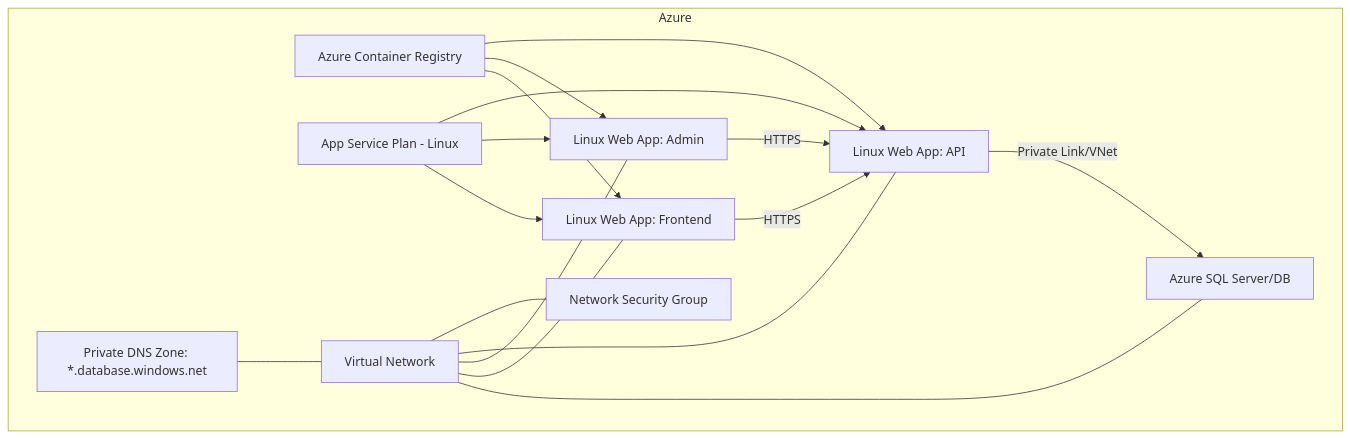
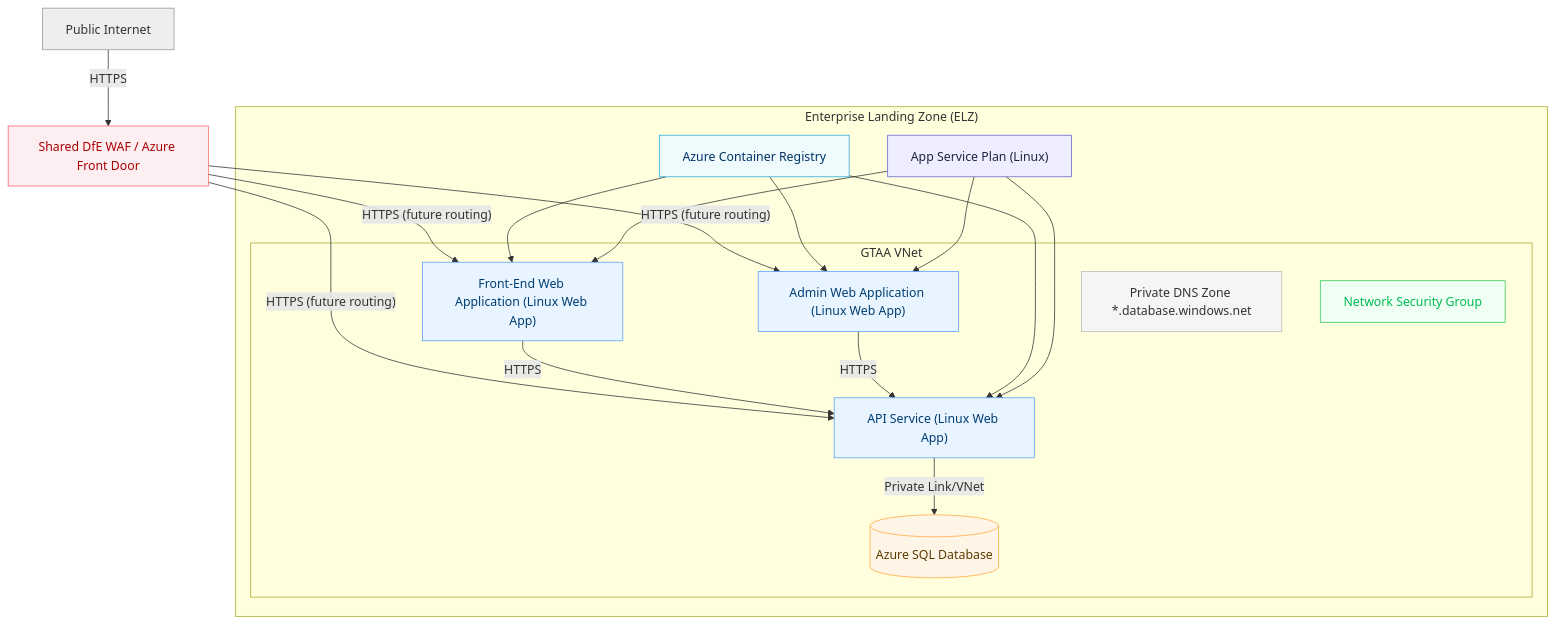
One commit to DFE-Digital/get-to-an-answer changed the first of 3 diagrams in src/Infrastructure/README.md. Above: the diagram before and after it, drawn with Mermaid. The commit also changed other lines of this file, not shown here.

Commit message:
CARE-1359 Enhanced and expanded `README.md` for Infrastructure module, adding detailed scope, architecture, and CI/CD flow documentation.

````diff
--- a/src/Infrastructure/README.md
+++ b/src/Infrastructure/README.md
@@ -16,33 +13,44 @@
 ```mermaid
 flowchart TB
-  subgraph Azure
-    ACR[Azure Container Registry]
-    ASP[App Service Plan - Linux]
-    VNet[Virtual Network]
-    NSG[Network Security Group]
-    PDZ[Private DNS Zone: *.database.windows.net]
-    SQL[Azure SQL Server/DB]
-    API[Linux Web App: API]
-    ADM[Linux Web App: Admin]
-    FE[Linux Web App: Frontend]
+  subgraph ELZ["Enterprise Landing Zone (ELZ)"]
+    subgraph VNET[GTAA VNet]
+      API["API Service (Linux Web App)"]:::app
+      ADM["Admin Web Application (Linux Web App)"]:::app
+      FE["Front-End Web Application (Linux Web App)"]:::app
+      SQL[(Azure SQL Database)]:::db
+      PDZ[Private DNS Zone *.database.windows.net]:::dns
+      NSG[Network Security Group]:::sec
+    end
+    ACR[Azure Container Registry]:::acr
+    ASP["App Service Plan (Linux)"]:::plan
   end
+
+  PUB[Public Internet]:::ext -->|HTTPS| WAF[Shared DfE WAF / Azure Front Door]:::waf
+  WAF -->|"HTTPS (future routing)"| FE
+  WAF -->|"HTTPS (future routing)"| ADM
+  WAF -->|"HTTPS (future routing)"| API
+
+  FE -->|HTTPS| API
+  ADM -->|HTTPS| API
+  API -->|Private Link/VNet| SQL
 
   ACR --> API
   ACR --> ADM
   ACR --> FE
 
   ASP --> API
   ASP --> ADM
   ASP --> FE
 
-  VNet --- NSG
-  VNet --- API
-  VNet --- ADM
-  VNet --- FE
-  VNet --- SQL
-  PDZ --- VNet
+  PDZ --- VNET
+  NSG --- VNET
 
-  FE -->|HTTPS| API
-  ADM -->|HTTPS| API
-  API -->|Private Link/VNet| SQL
+  classDef app fill:#e8f4ff,stroke:#5aa0ff,color:#003e74;
+  classDef db fill:#fff5e6,stroke:#ffab40,color:#5d3b00;
+  classDef dns fill:#f5f5f5,stroke:#bbb,color:#333;
+  classDef sec fill:#f0fff4,stroke:#34c759,color:#0b5;
+  classDef plan fill:#eef,stroke:#66c,color:#224;
+  classDef acr fill:#eefafc,stroke:#27a9e1,color:#036;
+  classDef waf fill:#fdeef2,stroke:#f66,color:#a00;
+  classDef ext fill:#eee,stroke:#999,color:#333;
 ```
````
